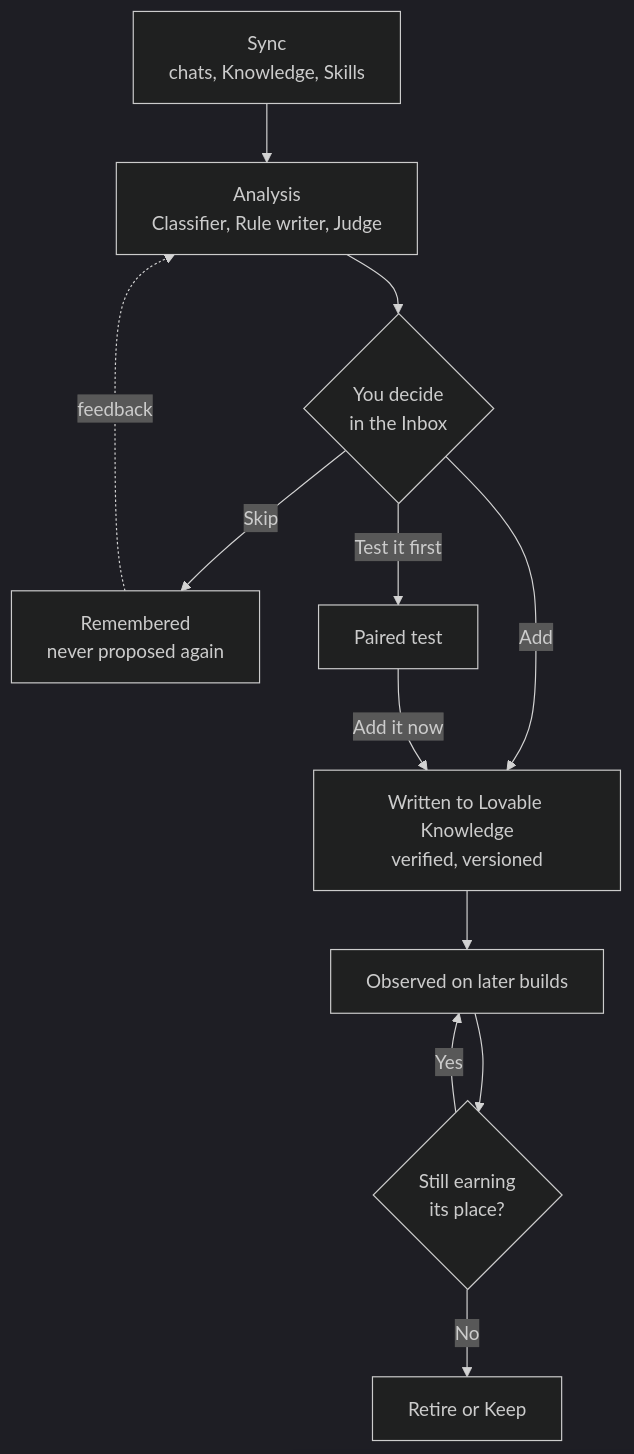
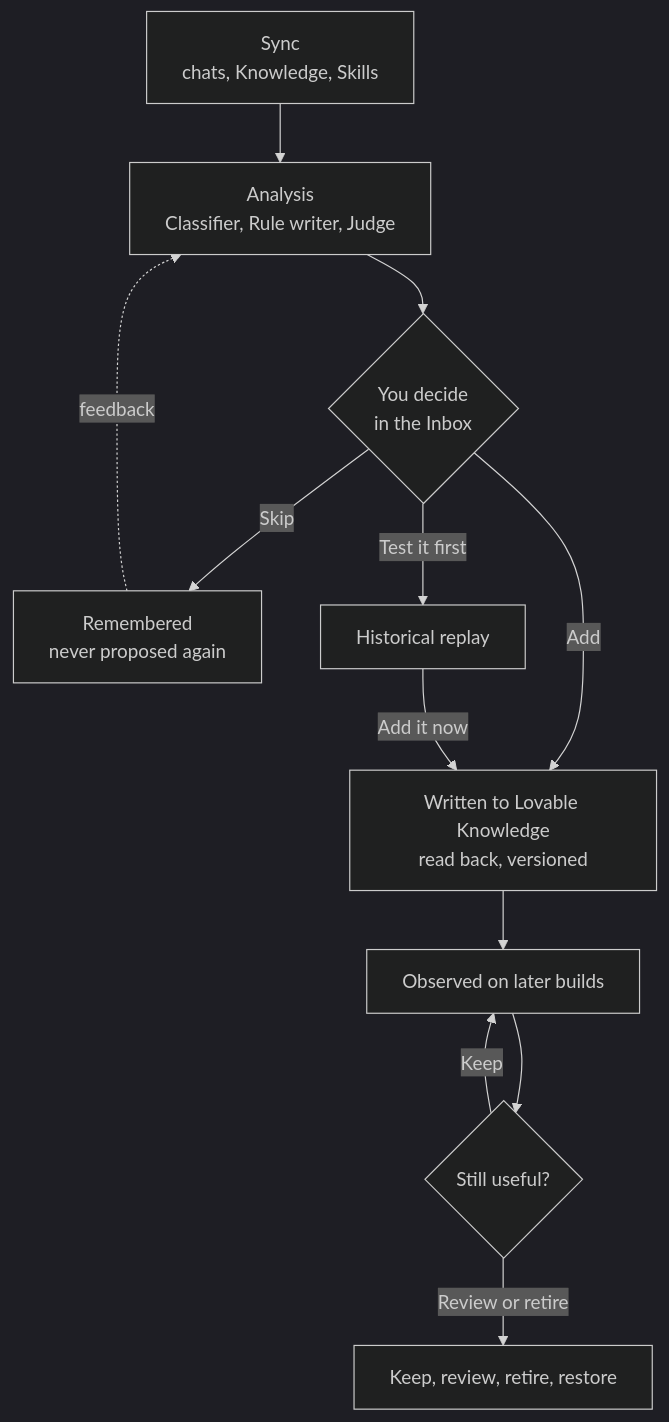
The first of 2 diagrams in README.md (Saddeee/harness-ledger-foundation), drawn with Mermaid (dark theme) before and after one commit. The commit also changed other lines of this file and 1 other file, not shown here.

First line of the commit message:
README truth pass: product value first, historical replay named for what it is, exact Skills and Sync/Analysis status, credit wording, privacy paragraph, hosted authorization wording, Harness MCP section, Working / Current limitations / Next; link and wording test

````diff
--- a/README.md
+++ b/README.md
@@ -46,14 +51,14 @@
 ```mermaid
 flowchart TD
     A[Sync<br/>chats, Knowledge, Skills] --> B[Analysis<br/>Classifier, Rule writer, Judge]
     B --> C{You decide<br/>in the Inbox}
-    C -->|Add| D[Written to Lovable Knowledge<br/>verified, versioned]
+    C -->|Add| D[Written to Lovable Knowledge<br/>read back, versioned]
     C -->|Skip| E[Remembered<br/>never proposed again]
-    C -->|Test it first| F[Paired test]
+    C -->|Test it first| F[Historical replay]
     F -->|Add it now| D
     D --> G[Observed on later builds]
-    G --> H{Still earning<br/>its place?}
-    H -->|No| I[Retire or Keep]
-    H -->|Yes| G
+    G --> H{Still useful?}
+    H -->|Review or retire| I[Keep, review, retire, restore]
+    H -->|Keep| G
     E -.feedback.-> B
 ```
````
